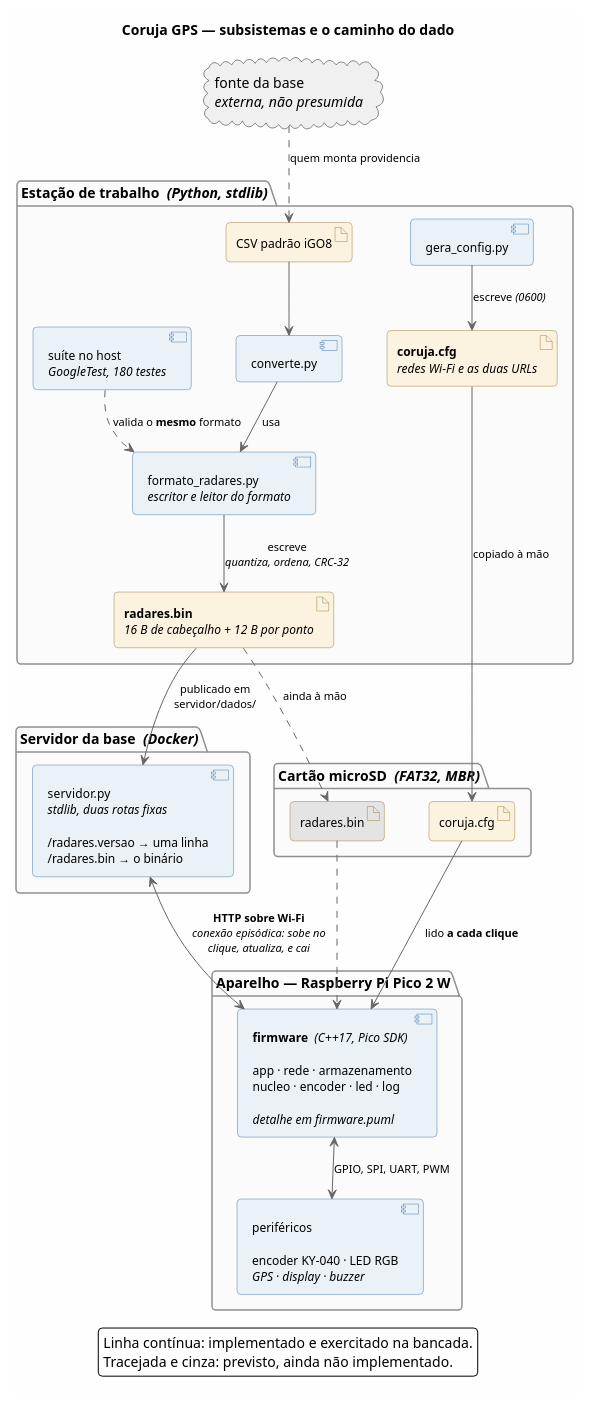
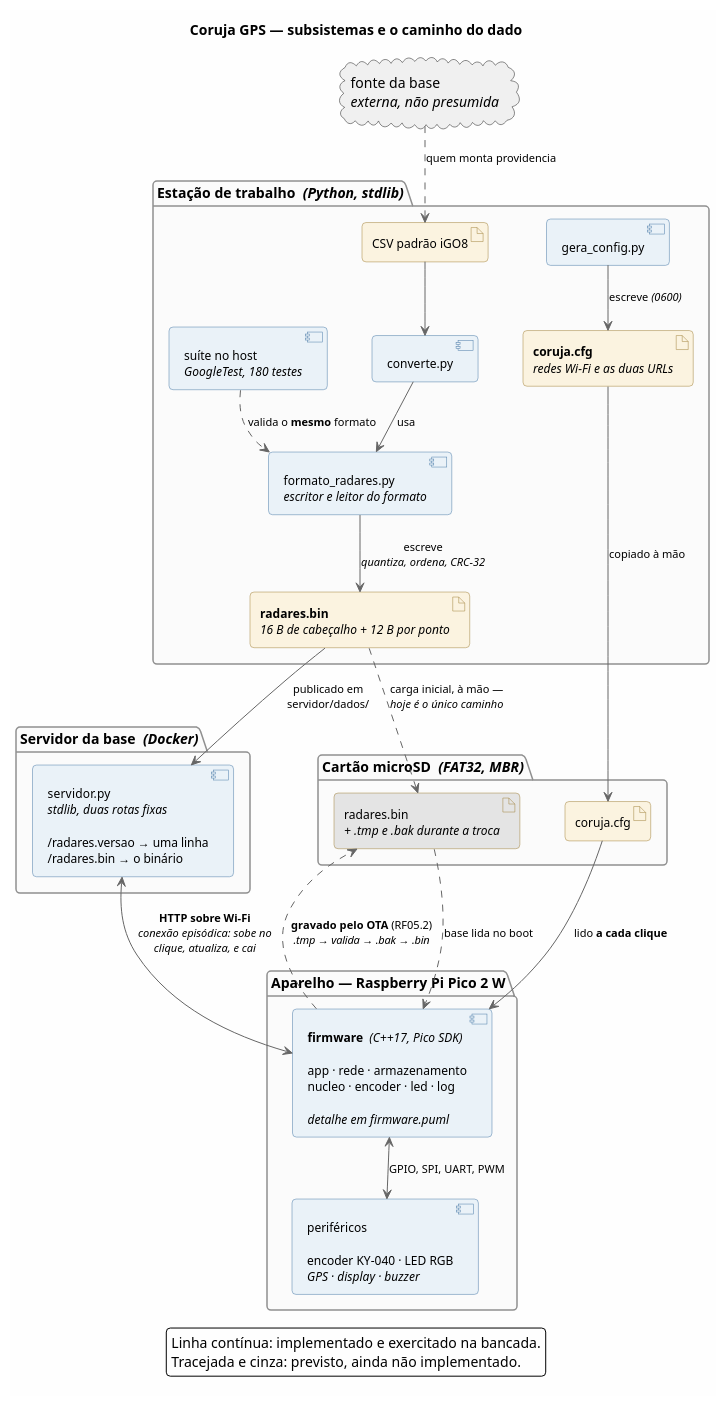
Before and after one commit to paulovitorbal/coruja_gps: the diagram in docs/arquitetura.puml, drawn with PlantUML. The commit also changed 5 other files, not shown here.

First line of the commit message:
docs: o radares.bin vai ao cartao PELO OTA, nao a mao

```diff
--- a/docs/arquitetura.puml
+++ b/docs/arquitetura.puml
@@ -1,86 +1,91 @@
 @startuml arquitetura
 ' Subsistemas do coruja_gps e o caminho do dado entre eles.
 '
 ' Fonte versionada. O SVG ao lado é gerado por:
 '     plantuml -tsvg docs/arquitetura.puml
 '
 ' ⚠️ Este diagrama descreve APENAS o que está neste repositório. A origem do
 ' CSV é deliberadamente anônima: o projeto não presume fonte nenhuma, e de
 ' onde vem a base é problema de quem monta.
 '
 ' O interior do firmware está em firmware.puml.
+'
+' ⚠️ O `radares.bin` chega ao cartão PELO OTA — é o RF05 ("baixá-la e salvá-la
+' no cartão") com a escrita atômica do RF05.2. A cópia à mão é só a carga
+' inicial, e hoje é o único caminho porque a gravação ainda não existe.
 
 title Coruja GPS — subsistemas e o caminho do dado
 
 skinparam backgroundColor #FEFEFE
 skinparam defaultFontName Helvetica
 skinparam shadowing false
 skinparam roundCorner 8
 skinparam ArrowColor #666666
 skinparam ArrowFontSize 11
 skinparam nodesep 45
 skinparam ranksep 45
 skinparam package {
   BorderColor #909090
   BackgroundColor #FBFBFB
   FontStyle bold
 }
 skinparam component {
   BorderColor #4A7BA7
   BackgroundColor #EAF2F8
   FontSize 12
 }
 skinparam artifact {
   BorderColor #A0803A
   BackgroundColor #FBF3E0
   FontSize 12
 }
 
 cloud "fonte da base\n//externa, não presumida//" as fonte #F0F0F0
 
 package "Estação de trabalho  //(Python, stdlib)//" as host {
   artifact "CSV padrão iGO8" as csv
   component "converte.py" as converte
   component "formato_radares.py\n//escritor e leitor do formato//" as formato
   component "gera_config.py" as geracfg
   component "suíte no host\n//GoogleTest, 180 testes//" as testes
   artifact "**radares.bin**\n//16 B de cabeçalho + 12 B por ponto//" as binario
   artifact "**coruja.cfg**\n//redes Wi-Fi e as duas URLs//" as cfg
 }
 
 package "Servidor da base  //(Docker)//" as srv {
   component "servidor.py\n//stdlib, duas rotas fixas//\n\n/radares.versao → uma linha\n/radares.bin → o binário" as api
 }
 
 package "Cartão microSD  //(FAT32, MBR)//" as cartao {
   artifact "coruja.cfg" as cfg_cartao
-  artifact "radares.bin" as bin_cartao #E4E4E4
+  artifact "radares.bin\n//+ .tmp e .bak durante a troca//" as bin_cartao #E4E4E4
 }
 
 package "Aparelho — Raspberry Pi Pico 2 W" as aparelho {
   component "**firmware**  //(C++17, Pico SDK)//\n\napp · rede · armazenamento\nnucleo · encoder · led · log\n\n//detalhe em firmware.puml//" as fw
   component "periféricos\n\nencoder KY-040 · LED RGB\n//GPS · display · buzzer//" as perif
 }
 
 fonte ..> csv : quem monta providencia
 csv --> converte
 converte --> formato : usa
 testes ..> formato : valida o **mesmo** formato
 formato --> binario : escreve\n//quantiza, ordena, CRC-32//
 geracfg --> cfg : escreve //(0600)//
 
 binario --> api : publicado em\nservidor/dados/
 cfg --> cfg_cartao : copiado à mão
-binario ..> bin_cartao : ainda à mão
+binario ..> bin_cartao : carga inicial, à mão —\n//hoje é o único caminho//
 
 api <--> fw : **HTTP sobre Wi-Fi**\n//conexão episódica: sobe no//\n//clique, atualiza, e cai//
 cfg_cartao --> fw : lido **a cada clique**
-bin_cartao ..> fw
+fw ..> bin_cartao : **gravado pelo OTA** (RF05.2)\n//.tmp → valida → .bak → .bin//
+bin_cartao ..> fw : base lida no boot
 fw <--> perif : GPIO, SPI, UART, PWM
 
 legend bottom
   Linha contínua: implementado e exercitado na bancada.
   Tracejada e cinza: previsto, ainda não implementado.
 endlegend
 
 @enduml
```
